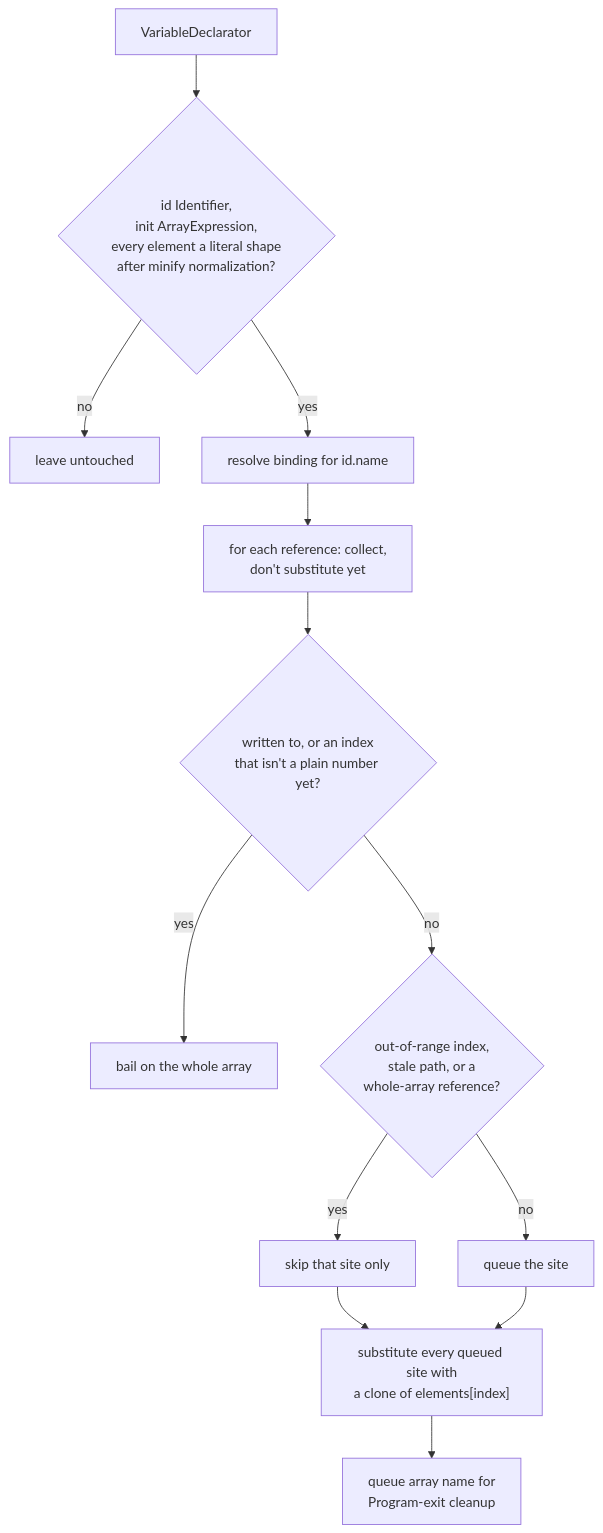
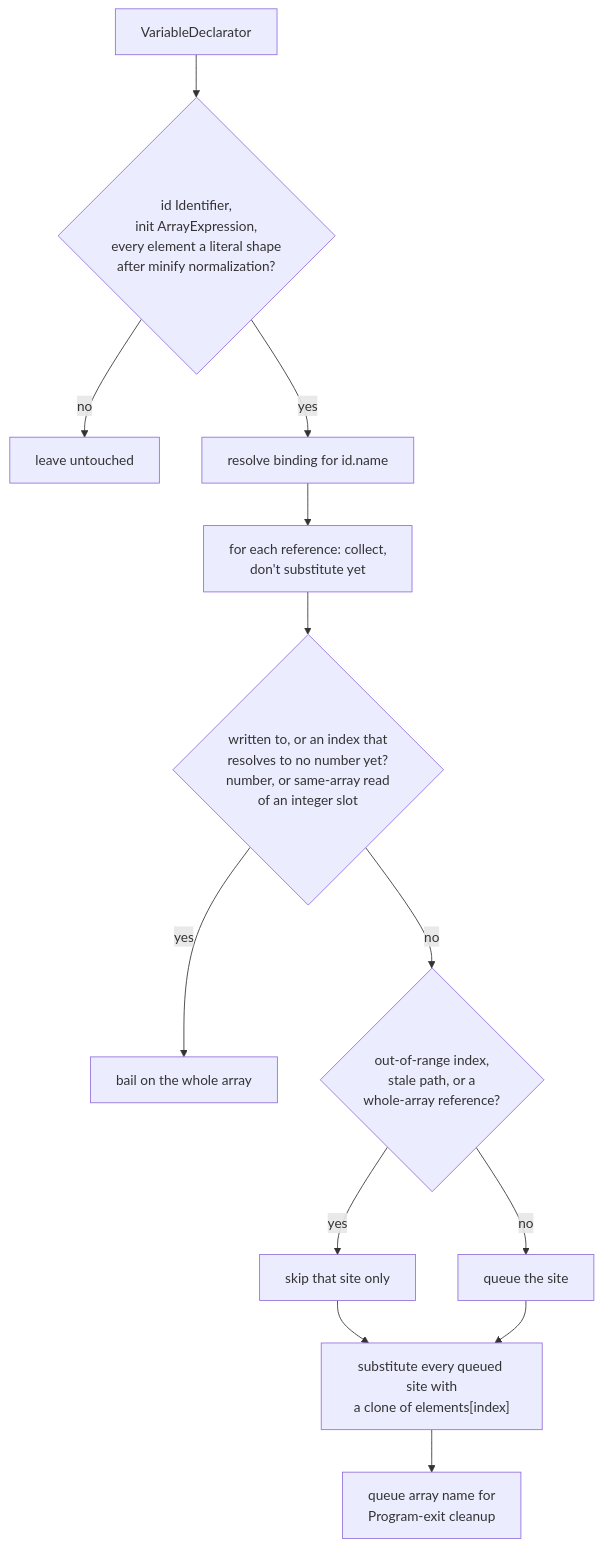
Before and after one commit to echo094/decode-nexus: the diagram in skills/decode-js/visitors/jsconfuser/duplicate-literal.md, drawn with Mermaid. The commit also changed other lines of this file, not shown here.

First line of the commit message:
docs(decode-js): specify nested-read resolution in duplicate-literal

````diff
--- a/skills/decode-js/visitors/jsconfuser/duplicate-literal.md
+++ b/skills/decode-js/visitors/jsconfuser/duplicate-literal.md
@@ -63,15 +65,15 @@
 ```mermaid
 flowchart TD
     A[VariableDeclarator] --> B{id Identifier,<br/>init ArrayExpression,<br/>every element a literal shape<br/>after minify normalization?}
     B -- no --> Z[leave untouched]
     B -- yes --> C[resolve binding for id.name]
     C --> D[for each reference: collect,<br/>don't substitute yet]
-    D --> E{written to, or an index<br/>that isn't a plain number yet?}
+    D --> E{written to, or an index that<br/>resolves to no number yet?<br/>number, or same-array read<br/>of an integer slot}
     E -- yes --> Z2[bail on the whole array]
     E -- no --> F{out-of-range index,<br/>stale path, or a<br/>whole-array reference?}
     F -- yes --> G[skip that site only]
     F -- no --> H[queue the site]
     G --> I["substitute every queued site with<br/>a clone of elements[index]"]
     H --> I
     I --> J[queue array name for<br/>Program-exit cleanup]
 ```
````
